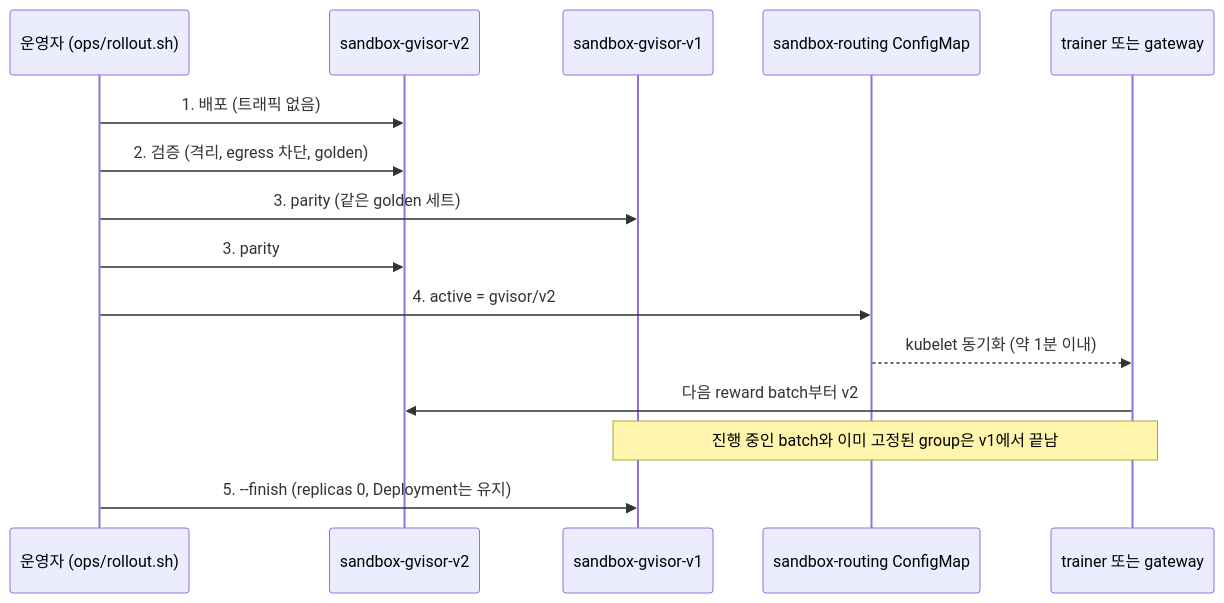
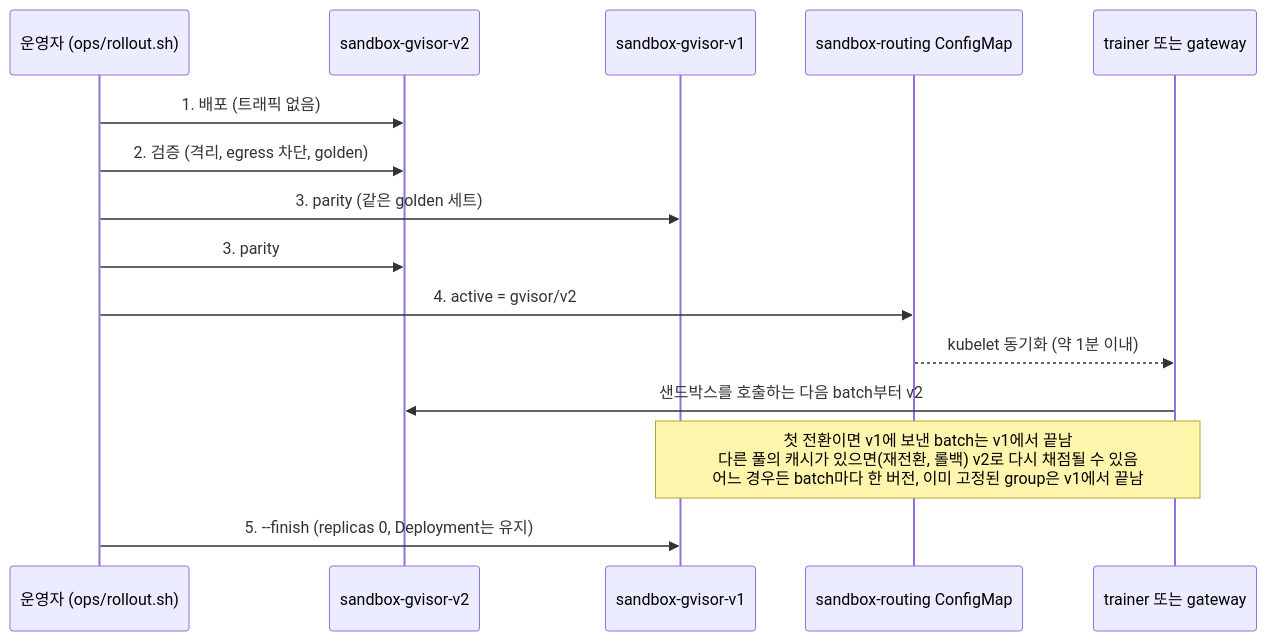
Before and after one commit to daekeun-ml/gpu-sandbox-on-aws: the diagram in docs/production/05_sandbox_updates.md, drawn with Mermaid. The commit also changed other lines of this file and 171 other files, not shown here.

````diff
--- a/docs/production/05_sandbox_updates.md
+++ b/docs/production/05_sandbox_updates.md
@@ -89,17 +89,17 @@
 ```mermaid
 sequenceDiagram
     participant O as 운영자 (ops/rollout.sh)
     participant N as sandbox-gvisor-v2
     participant B as sandbox-gvisor-v1
     participant C as sandbox-routing ConfigMap
     participant T as trainer 또는 gateway
     O->>N: 1. 배포 (트래픽 없음)
     O->>N: 2. 검증 (격리, egress 차단, golden)
     O->>B: 3. parity (같은 golden 세트)
     O->>N: 3. parity
     O->>C: 4. active = gvisor/v2
     C-->>T: kubelet 동기화 (약 1분 이내)
-    T->>N: 다음 reward batch부터 v2
-    Note over T,B: 진행 중인 batch와 이미 고정된 group은 v1에서 끝남
+    T->>N: 샌드박스를 호출하는 다음 batch부터 v2
+    Note over T,B: 첫 전환이면 v1에 보낸 batch는 v1에서 끝남<br/>다른 풀의 캐시가 있으면(재전환, 롤백) v2로 다시 채점될 수 있음<br/>어느 경우든 batch마다 한 버전, 이미 고정된 group은 v1에서 끝남
     O->>B: 5. --finish (replicas 0, Deployment는 유지)
 ```
````
